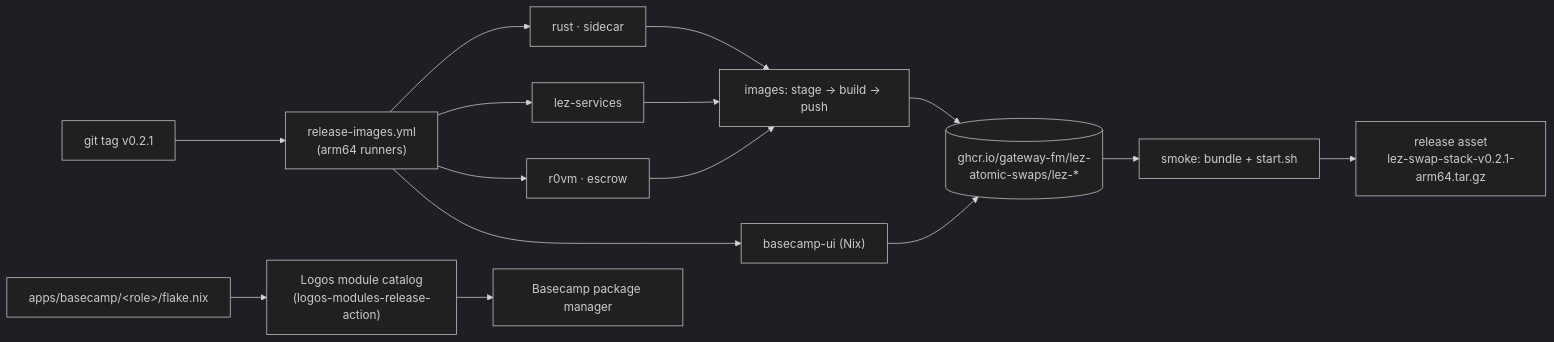
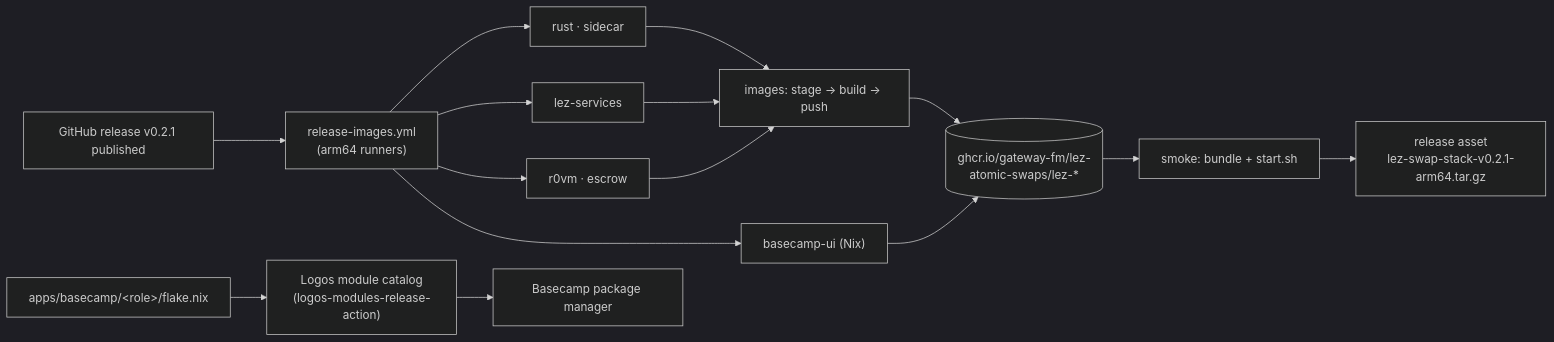
The diagram in docs/architecture/0215-publish-prebuilt-images-and-basecamp-packages.md (gateway-fm/lez-atomic-swaps), drawn with Mermaid (dark theme) before and after one commit. The commit also changed other lines of this file and 1 other file, not shown here.

First line of the commit message:
docs(release): describe the release-published trigger in ADR 0215 and the deploy README

````diff
--- a/docs/architecture/0215-publish-prebuilt-images-and-basecamp-packages.md
+++ b/docs/architecture/0215-publish-prebuilt-images-and-basecamp-packages.md
@@ -60,17 +61,17 @@
 ```mermaid
 flowchart LR
-    Tag["git tag v0.2.1"] --> WF["release-images.yml<br/>(arm64 runners)"]
+    Tag["GitHub release v0.2.1 published"] --> WF["release-images.yml<br/>(arm64 runners)"]
     WF --> Rust["rust · sidecar"]
     WF --> LEZ["lez-services"]
     WF --> Escrow["r0vm · escrow"]
     WF --> Nix["basecamp-ui (Nix)"]
     Rust --> Images["images: stage → build → push"]
     LEZ --> Images
     Escrow --> Images
     Images --> GHCR[("ghcr.io/gateway-fm/lez-atomic-swaps/lez-*")]
     Nix --> GHCR
     GHCR --> Smoke["smoke: bundle + start.sh"]
     Smoke --> Asset["release asset<br/>lez-swap-stack-v0.2.1-arm64.tar.gz"]
     Repo["apps/basecamp/&lt;role&gt;/flake.nix"] --> Catalog["Logos module catalog<br/>(logos-modules-release-action)"]
     Catalog --> Basecamp["Basecamp package manager"]
 ```
````
